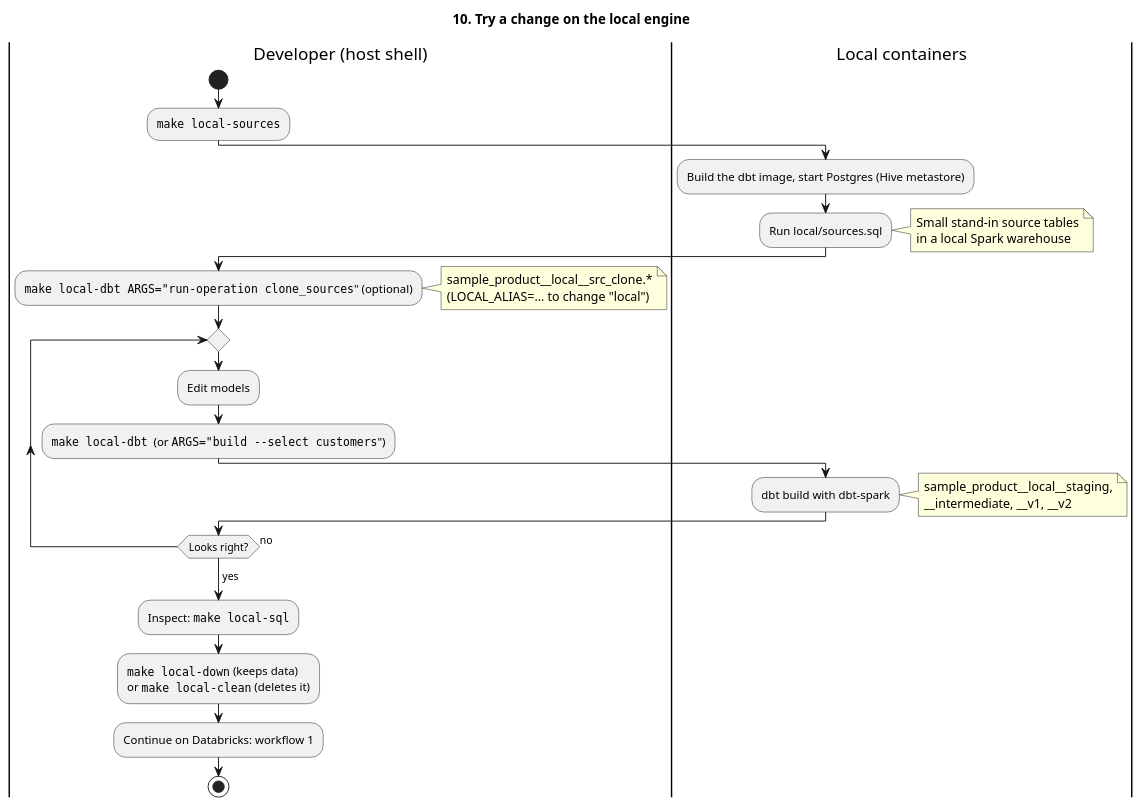
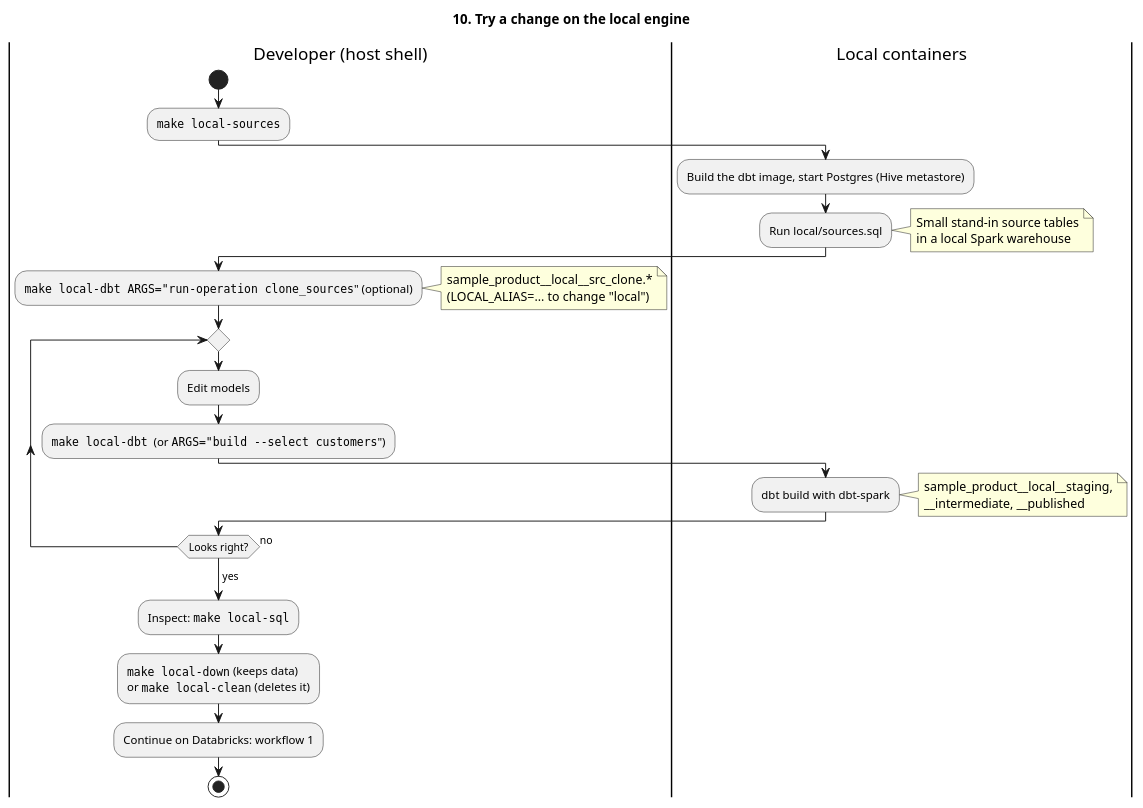
One commit to PeterHenell/dbt-databricks-template changed the diagram in docs/diagrams/workflow-10-local.puml. Above: the diagram before and after it, drawn with PlantUML. The commit also changed 26 other files, not shown here.

```diff
--- a/docs/diagrams/workflow-10-local.puml
+++ b/docs/diagrams/workflow-10-local.puml
@@ -1,37 +1,37 @@
 @startuml workflow-10-local
 title 10. Try a change on the local engine
 
 |Developer (host shell)|
 start
 :""make local-sources"";
 |Local containers|
 :Build the dbt image, start Postgres (Hive metastore);
 :Run local/sources.sql;
 note right
   Small stand-in source tables
   in a local Spark warehouse
 end note
 |Developer (host shell)|
 :""make local-dbt ARGS="run-operation clone_sources""" (optional);
 note right
   sample_product~__local~__src_clone.*
   (LOCAL_ALIAS=... to change "local")
 end note
 repeat
   :Edit models;
   :""make local-dbt""  (or ""ARGS="build ~--select customers""");
   |Local containers|
   :dbt build with dbt-spark;
   note right
     sample_product~__local~__staging,
-    ~__intermediate, ~__v1, ~__v2
+    ~__intermediate, ~__published
   end note
   |Developer (host shell)|
 repeat while (Looks right?) is (no)
 ->yes;
 :Inspect: ""make local-sql"";
 :""make local-down"" (keeps data)
 or ""make local-clean"" (deletes it);
 :Continue on Databricks: workflow 1;
 stop
 @enduml
```
